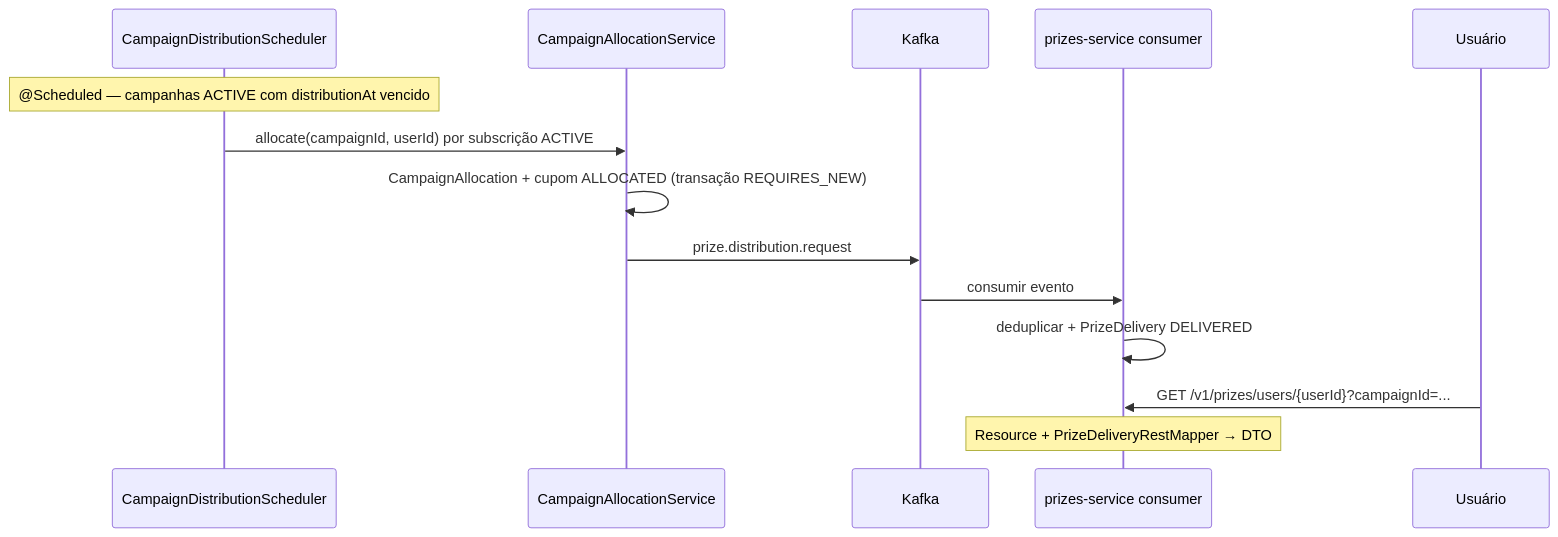
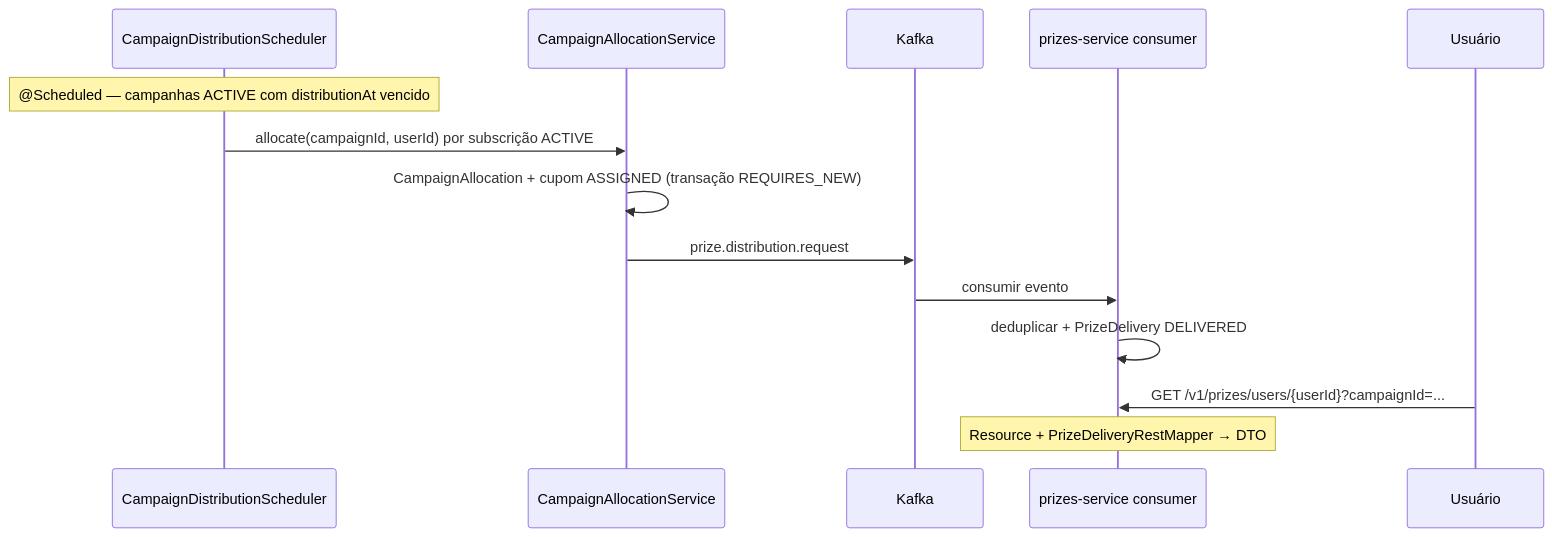
Before and after one commit to rcdnascimento/coupons-app: the sixth of 7 diagrams in docs/diagramas-de-fluxo.md, drawn with Mermaid. The commit also changed 59 other files, not shown here.

````diff
--- a/docs/diagramas-de-fluxo.md
+++ b/docs/diagramas-de-fluxo.md
@@ -168,18 +168,18 @@
 ```mermaid
 sequenceDiagram
   participant SCH as CampaignDistributionScheduler
   participant CAS as CampaignAllocationService
   participant K as Kafka
   participant PR as prizes-service consumer
   participant U as Usuário
 
   Note over SCH: @Scheduled — campanhas ACTIVE com distributionAt vencido
   SCH->>CAS: allocate(campaignId, userId) por subscrição ACTIVE
-  CAS->>CAS: CampaignAllocation + cupom ALLOCATED (transação REQUIRES_NEW)
+  CAS->>CAS: CampaignAllocation + cupom ASSIGNED (transação REQUIRES_NEW)
   CAS->>K: prize.distribution.request
   K->>PR: consumir evento
   PR->>PR: deduplicar + PrizeDelivery DELIVERED
 
   U->>PR: GET /v1/prizes/users/{userId}?campaignId=...
   Note over PR: Resource + PrizeDeliveryRestMapper → DTO
 ```
````
